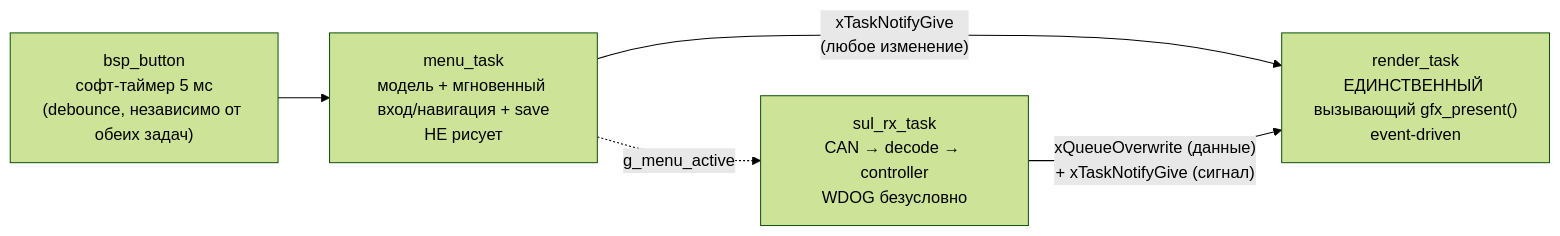
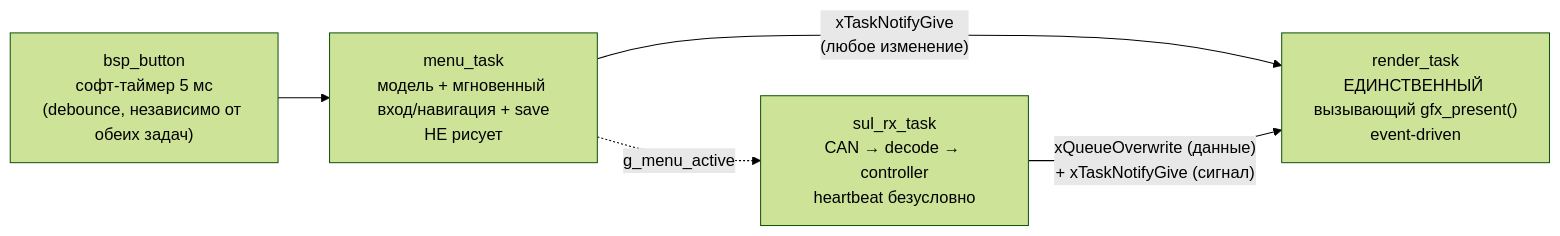
Before and after one commit to OSabuser/tft_manufacture_test: the fourth of 4 diagrams in docs/tft_app/MENU.md, drawn with Mermaid (forest theme). The commit also changed other lines of this file and 42 other files, not shown here.

````diff
--- a/docs/tft_app/MENU.md
+++ b/docs/tft_app/MENU.md
@@ -172,12 +172,12 @@
 ```mermaid
 flowchart LR
     BTN["bsp_button<br/>софт-таймер 5 мс<br/>(debounce, независимо от обеих задач)"]
     MT["menu_task<br/>модель + мгновенный вход/навигация + save<br/>НЕ рисует"]
-    RX["sul_rx_task<br/>CAN → decode → controller<br/>WDOG безусловно"]
+    RX["sul_rx_task<br/>CAN → decode → controller<br/>heartbeat безусловно"]
     RT["render_task<br/>ЕДИНСТВЕННЫЙ вызывающий gfx_present()<br/>event-driven"]
 
     BTN --> MT
     MT -->|"xTaskNotifyGive<br/>(любое изменение)"| RT
     RX -->|"xQueueOverwrite (данные)<br/>+ xTaskNotifyGive (сигнал)"| RT
     MT -.g_menu_active.-> RX
 ```
````
